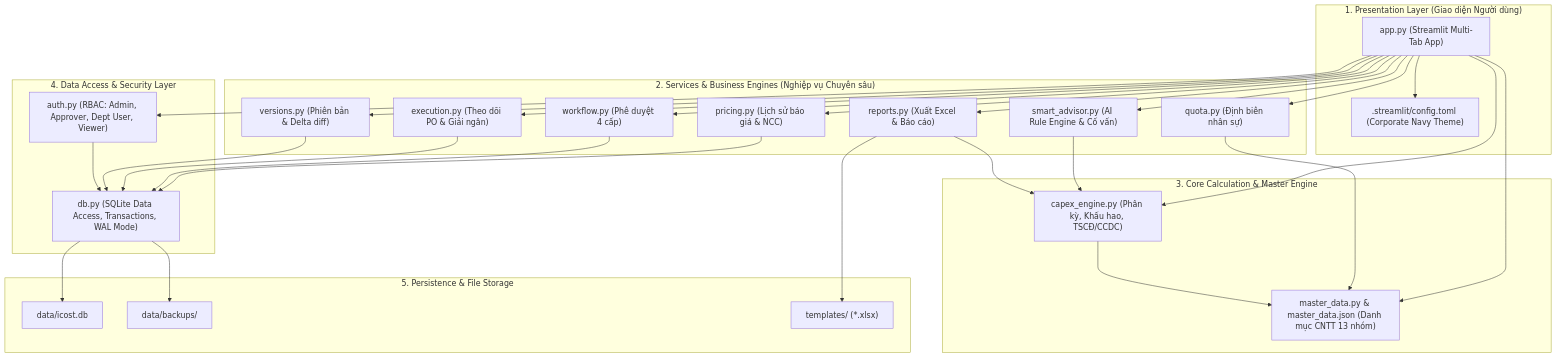
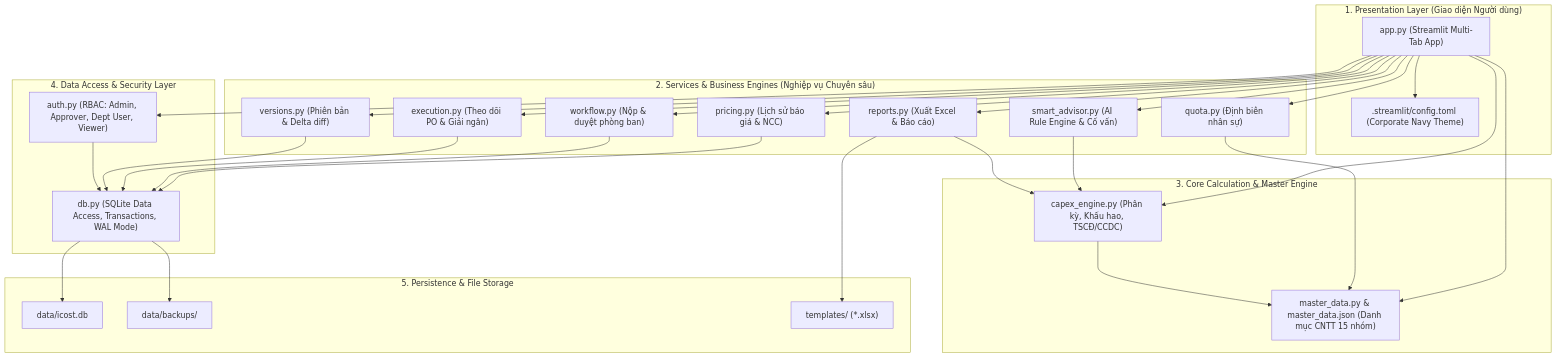
The diagram in docs/ARCHITECTURE.md (khongluc/ddg_capex), drawn with Mermaid before and after one commit. The commit also changed other lines of this file and 3 other files, not shown here.

````diff
--- a/docs/ARCHITECTURE.md
+++ b/docs/ARCHITECTURE.md
@@ -60,59 +60,59 @@
 ```mermaid
 flowchart TD
     subgraph Presentation ["1. Presentation Layer (Giao diện Người dùng)"]
         UI["app.py (Streamlit Multi-Tab App)"]
         Theme[".streamlit/config.toml (Corporate Navy Theme)"]
         UI --> Theme
     end
 
     subgraph ServiceLayer ["2. Services & Business Engines (Nghiệp vụ Chuyên sâu)"]
         SA["smart_advisor.py (AI Rule Engine & Cố vấn)"]
         Quota["quota.py (Định biên nhân sự)"]
         Pricing["pricing.py (Lịch sử báo giá & NCC)"]
-        WF["workflow.py (Phê duyệt 4 cấp)"]
+        WF["workflow.py (Nộp & duyệt phòng ban)"]
         Exec["execution.py (Theo dõi PO & Giải ngân)"]
         Ver["versions.py (Phiên bản & Delta diff)"]
         Rep["reports.py (Xuất Excel & Báo cáo)"]
     end
 
     subgraph CoreEngine ["3. Core Calculation & Master Engine"]
         Engine["capex_engine.py (Phân kỳ, Khấu hao, TSCĐ/CCDC)"]
-        MD["master_data.py & master_data.json (Danh mục CNTT 13 nhóm)"]
+        MD["master_data.py & master_data.json (Danh mục CNTT 15 nhóm)"]
     end
 
     subgraph DataAccess ["4. Data Access & Security Layer"]
         Auth["auth.py (RBAC: Admin, Approver, Dept User, Viewer)"]
         DB["db.py (SQLite Data Access, Transactions, WAL Mode)"]
     end
 
     subgraph Storage ["5. Persistence & File Storage"]
         SQLiteFile["data/icost.db"]
         Backups["data/backups/"]
         Templates["templates/ (*.xlsx)"]
     end
 
     UI --> SA
     UI --> Quota
     UI --> Pricing
     UI --> WF
     UI --> Exec
     UI --> Ver
     UI --> Rep
     UI --> Engine
     UI --> MD
     UI --> Auth
 
     SA --> Engine
     Quota --> MD
     Pricing --> DB
     WF --> DB
     Exec --> DB
     Ver --> DB
     Rep --> Engine
 
     Engine --> MD
     Auth --> DB
     DB --> SQLiteFile
     DB --> Backups
     Rep --> Templates
 ```
````
